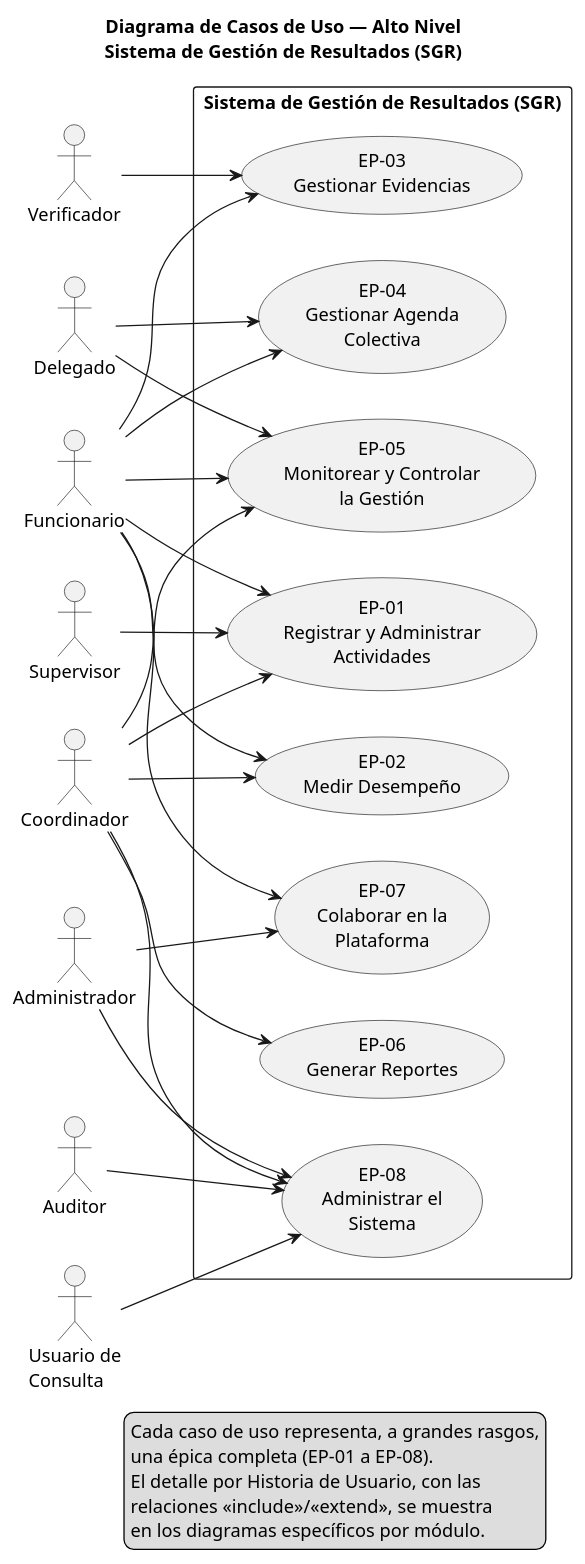
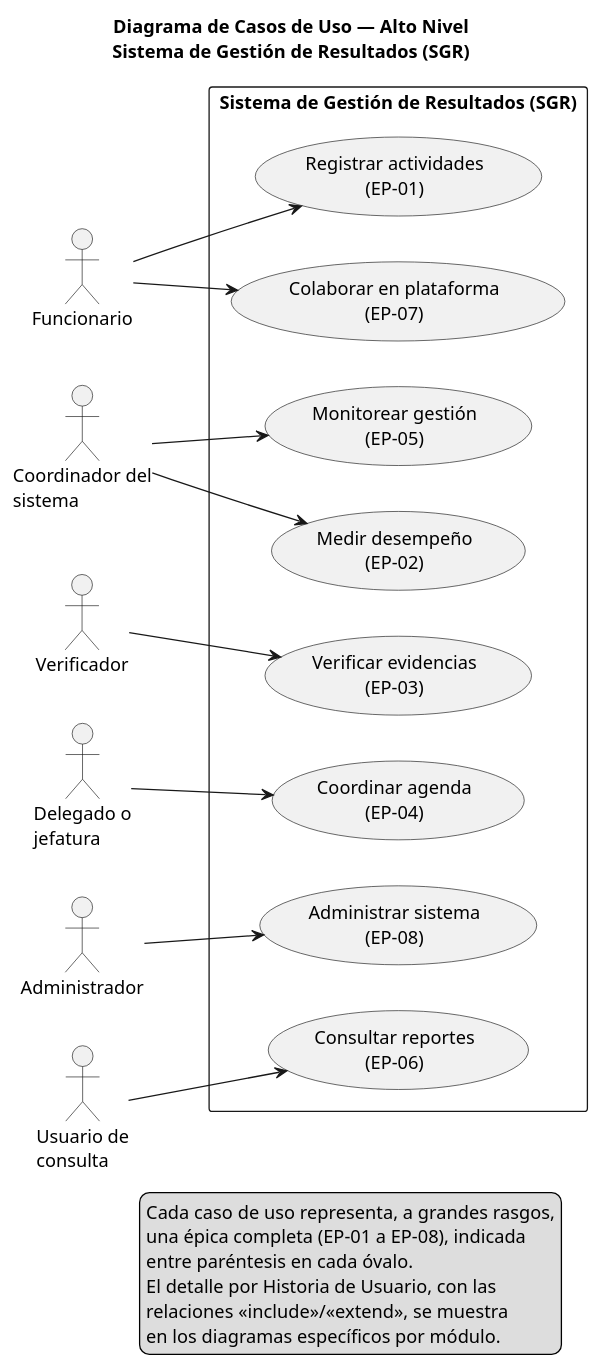
One commit to Ren-reno/ev1 changed the diagram in assets/actividad-3/cu-alto-nivel.puml. Above: the diagram before and after it, drawn with PlantUML. The commit also changed 5 other files, not shown here.

First line of the commit message:
actividad-3: alinear diagramas de casos de uso, clases y componentes con guia-sgr.md

```diff
--- a/assets/actividad-3/cu-alto-nivel.puml
+++ b/assets/actividad-3/cu-alto-nivel.puml
@@ -1,60 +1,46 @@
 @startuml cu-alto-nivel
 left to right direction
 title Diagrama de Casos de Uso — Alto Nivel\nSistema de Gestión de Resultados (SGR)
 
 actor "Funcionario" as FUN
-actor "Supervisor" as SUP
-actor "Coordinador" as COORD
+actor "Coordinador del\nsistema" as COORD
 actor "Verificador" as VER
-actor "Delegado" as DEL
+actor "Delegado o\njefatura" as DEL
 actor "Administrador" as ADM
-actor "Auditor" as AUD
-actor "Usuario de\nConsulta" as USC
+actor "Usuario de\nconsulta" as USC
 
 rectangle "Sistema de Gestión de Resultados (SGR)" {
-  usecase "EP-01\nRegistrar y Administrar\nActividades" as EP01
-  usecase "EP-02\nMedir Desempeño" as EP02
-  usecase "EP-03\nGestionar Evidencias" as EP03
-  usecase "EP-04\nGestionar Agenda\nColectiva" as EP04
-  usecase "EP-05\nMonitorear y Controlar\nla Gestión" as EP05
-  usecase "EP-06\nGenerar Reportes" as EP06
-  usecase "EP-07\nColaborar en la\nPlataforma" as EP07
-  usecase "EP-08\nAdministrar el\nSistema" as EP08
+  usecase "Registrar actividades\n(EP-01)" as EP01
+  usecase "Medir desempeño\n(EP-02)" as EP02
+  usecase "Verificar evidencias\n(EP-03)" as EP03
+  usecase "Coordinar agenda\n(EP-04)" as EP04
+  usecase "Monitorear gestión\n(EP-05)" as EP05
+  usecase "Consultar reportes\n(EP-06)" as EP06
+  usecase "Colaborar en plataforma\n(EP-07)" as EP07
+  usecase "Administrar sistema\n(EP-08)" as EP08
 }
 
+ADM --> EP08
+
+COORD --> EP05
+COORD --> EP02
+
+DEL --> EP04
+
 FUN --> EP01
-SUP --> EP01
-COORD --> EP01
+FUN --> EP07
 
-COORD --> EP02
-FUN --> EP02
-
-FUN --> EP03
 VER --> EP03
 
-FUN --> EP04
-DEL --> EP04
-
-FUN --> EP05
-COORD --> EP05
-DEL --> EP05
-
-COORD --> EP06
-
-FUN --> EP07
-ADM --> EP07
-
-ADM --> EP08
-COORD --> EP08
-USC --> EP08
-AUD --> EP08
+USC --> EP06
 
 legend right
   Cada caso de uso representa, a grandes rasgos,
-  una épica completa (EP-01 a EP-08).
+  una épica completa (EP-01 a EP-08), indicada
+  entre paréntesis en cada óvalo.
   El detalle por Historia de Usuario, con las
   relaciones <<include>>/<<extend>>, se muestra
   en los diagramas específicos por módulo.
 end legend
 
 @enduml
```
